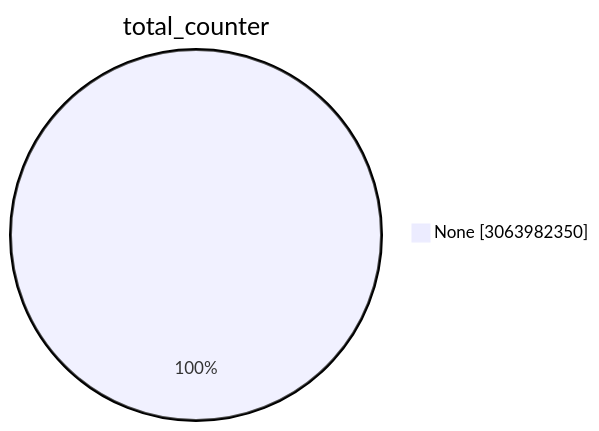
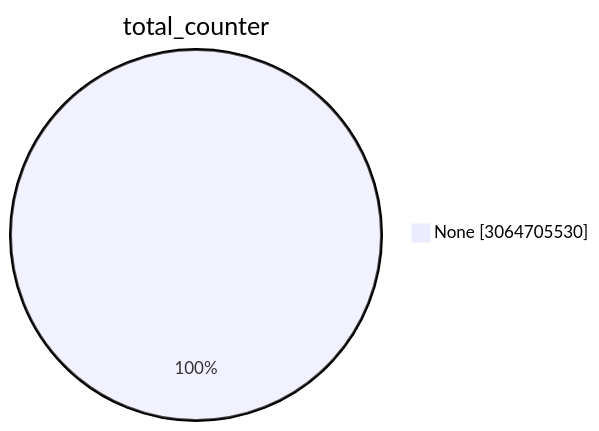
One commit to christiankrug/ctmonitor_visualization changed the first of 15 diagrams in TOTAL/README.md. Above: the diagram before and after it, drawn with Mermaid. The commit also changed other lines of this file, not shown here.

````diff
--- a/TOTAL/README.md
+++ b/TOTAL/README.md
@@ -1,5 +1,5 @@
 ```mermaid
 pie showData
 title total_counter
-"None" :3063982350
+"None" :3064705530
 ```
````
